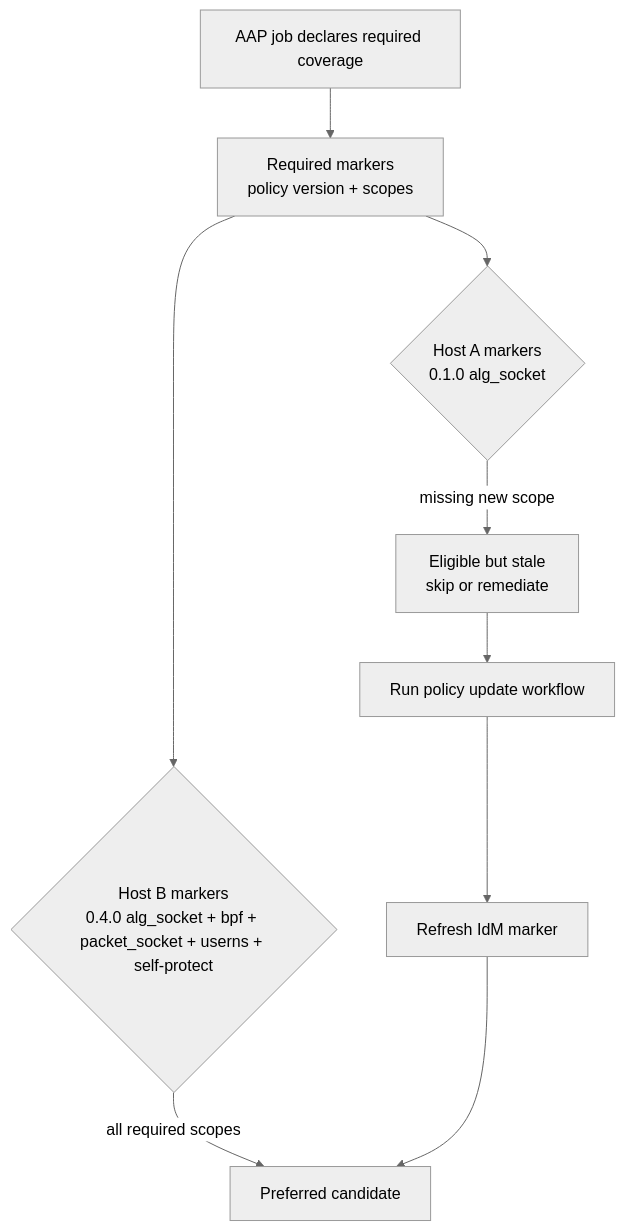
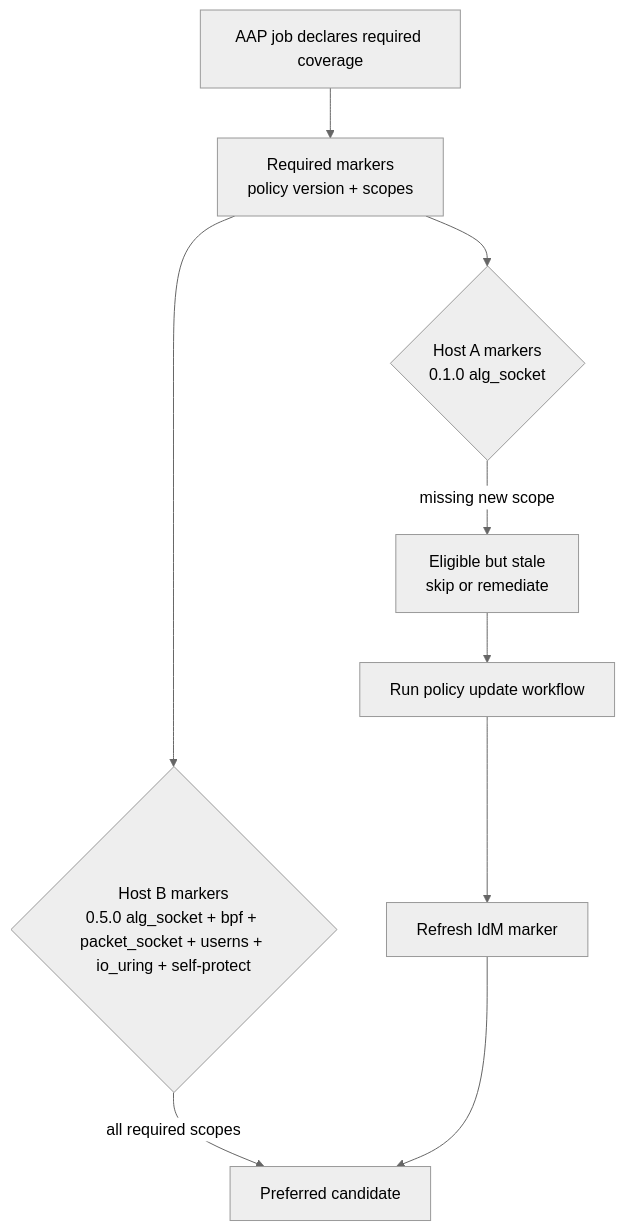
Before and after one commit to gprocunier/blastwall: the diagram in docs/assets/diagrams/candidate-flow.mmd, drawn with Mermaid (neutral theme). The commit also changed 15 other files, not shown here.

```diff
--- a/docs/assets/diagrams/candidate-flow.mmd
+++ b/docs/assets/diagrams/candidate-flow.mmd
@@ -1,9 +1,9 @@
 flowchart TD
     JOB["AAP job declares required coverage"] --> REQ["Required markers<br/>policy version + scopes"]
     REQ --> H1{"Host A markers<br/>0.1.0 alg_socket"}
-    REQ --> H2{"Host B markers<br/>0.4.0 alg_socket + bpf + packet_socket + userns + self-protect"}
+    REQ --> H2{"Host B markers<br/>0.5.0 alg_socket + bpf + packet_socket + userns + io_uring + self-protect"}
     H1 -->|missing new scope| STALE["Eligible but stale<br/>skip or remediate"]
     H2 -->|all required scopes| SELECT["Preferred candidate"]
     STALE --> REMEDIATE["Run policy update workflow"]
     REMEDIATE --> MARKER["Refresh IdM marker"]
     MARKER --> SELECT
```
